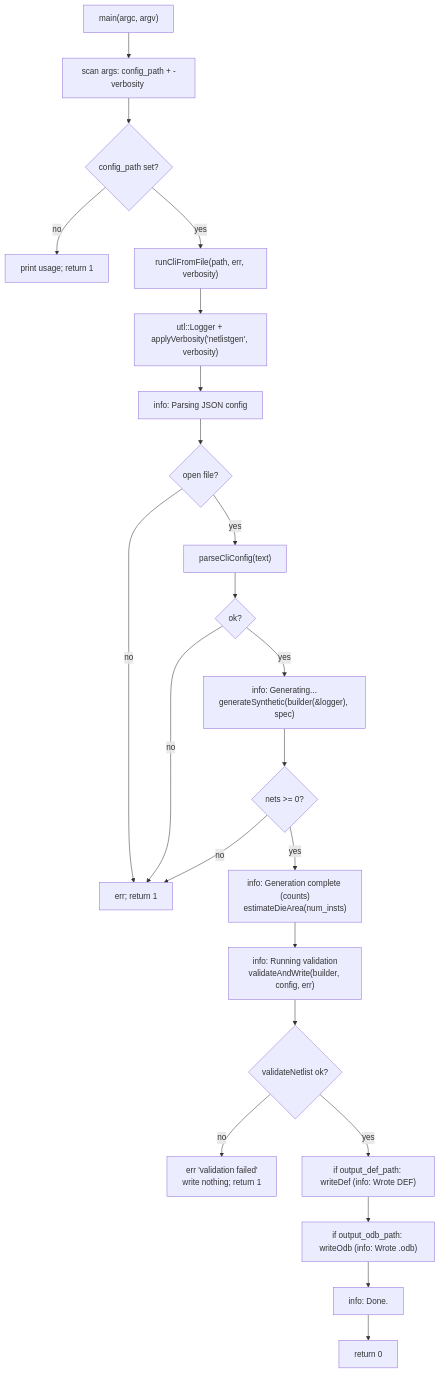
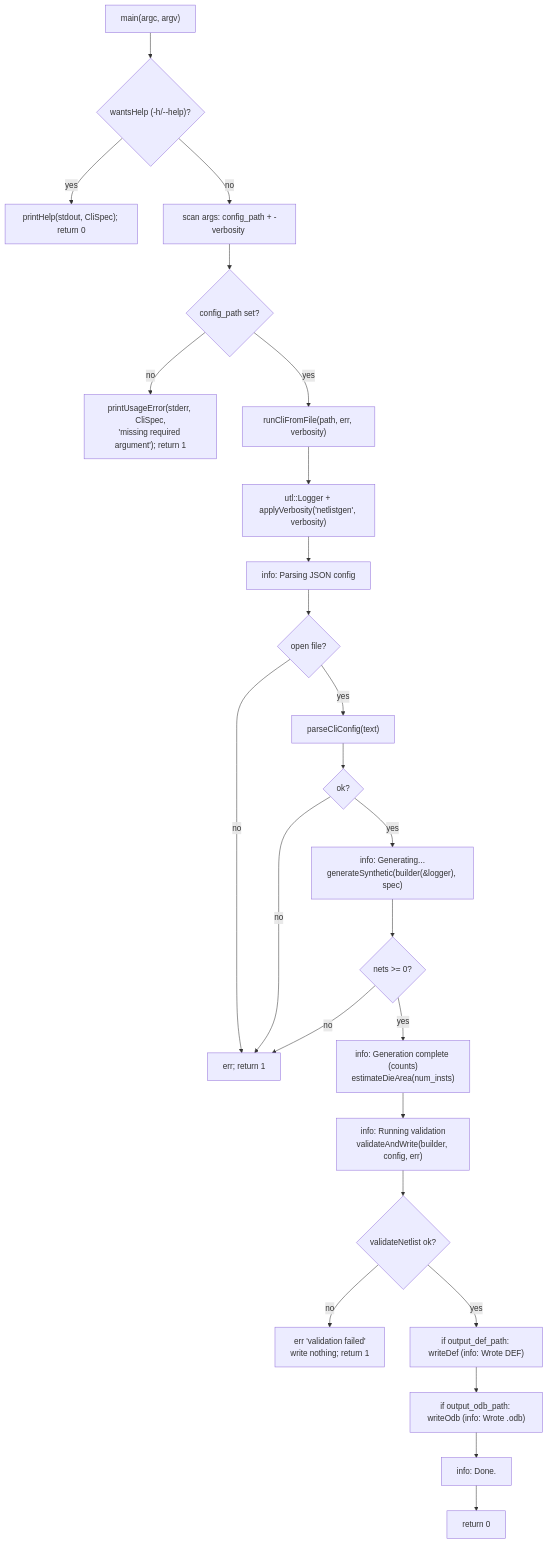
Before and after one commit to rfive88/eda-lab: the tenth of 11 diagrams in src/engines/netlistgen/FLOW.md, drawn with Mermaid. The commit also changed 11 other files, not shown here.

````diff
--- a/src/engines/netlistgen/FLOW.md
+++ b/src/engines/netlistgen/FLOW.md
@@ -294,26 +294,28 @@
 ```mermaid
 graph TD
-  main["main(argc, argv)"] --> scan["scan args: config_path + -verbosity <level>"]
+  main["main(argc, argv)"] --> help{"wantsHelp (-h/--help)?"}
+  help -->|yes| ph["printHelp(stdout, CliSpec); return 0"]
+  help -->|no| scan["scan args: config_path + -verbosity <level>"]
   scan --> argc{"config_path set?"}
-  argc -->|no| usage["print usage; return 1"]
+  argc -->|no| usage["printUsageError(stderr, CliSpec,<br/>'missing required argument'); return 1"]
   argc -->|yes| run
 
   run["runCliFromFile(path, err, verbosity)"] --> lg["utl::Logger + applyVerbosity('netlistgen', verbosity)"]
   lg --> mk1["info: Parsing JSON config"]
   mk1 --> rd{"open file?"}
   rd -->|no| e1["err; return 1"]
   rd -->|yes| parse["parseCliConfig(text)"]
   parse --> pok{"ok?"}
   pok -->|no| e1
   pok -->|yes| gen["info: Generating...<br/>generateSynthetic(builder(&logger), spec)"]
   gen --> gok{"nets >= 0?"}
   gok -->|no| e1
   gok -->|yes| die["info: Generation complete (counts)<br/>estimateDieArea(num_insts)"]
   die --> vaw["info: Running validation<br/>validateAndWrite(builder, config, err)"]
   vaw --> valid{"validateNetlist ok?"}
   valid -->|no| e1b["err 'validation failed'<br/>write nothing; return 1"]
   valid -->|yes| wdef["if output_def_path: writeDef (info: Wrote DEF)"]
   wdef --> wodb["if output_odb_path: writeOdb (info: Wrote .odb)"]
   wodb --> counts["info: Done."]
   counts --> ok0["return 0"]
 ```
````
